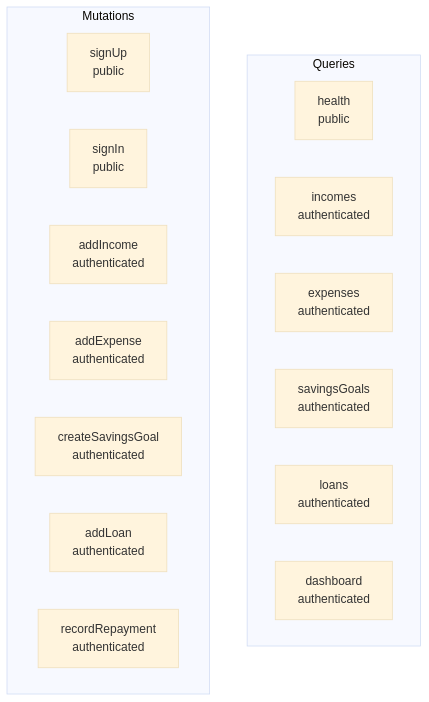
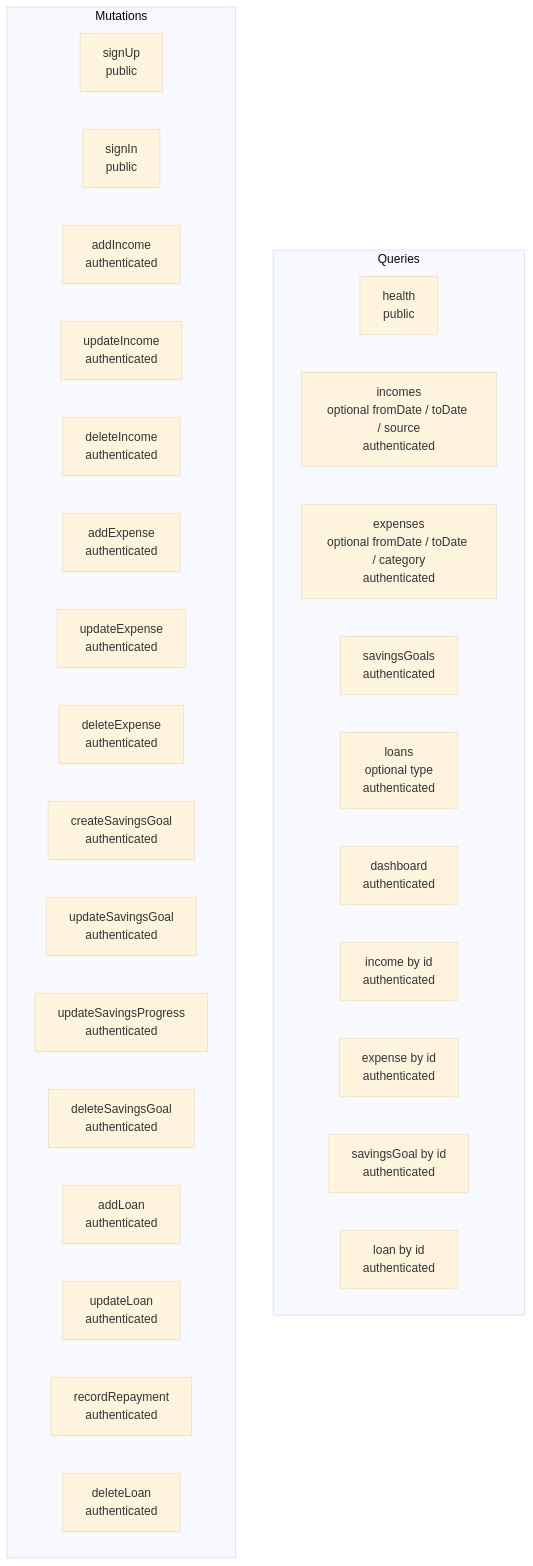
One commit to dev-personal-projects/vela changed the first of 12 diagrams in docs/phases/PHASE-4-graphql-api.md. Above: the diagram before and after it, drawn with Mermaid (base theme). The commit also changed other lines of this file and 7 other files, not shown here.

First line of the commit message:
✨ feat: enhance GraphQL queries with filtering options

````diff
--- a/docs/phases/PHASE-4-graphql-api.md
+++ b/docs/phases/PHASE-4-graphql-api.md
@@ -46,21 +46,34 @@
 ```mermaid
 flowchart TB
     subgraph Queries
         QH[health\npublic]
-        QI[incomes\nauthenticated]
-        QE[expenses\nauthenticated]
+        QI[incomes\noptional fromDate / toDate / source\nauthenticated]
+        QE[expenses\noptional fromDate / toDate / category\nauthenticated]
         QS[savingsGoals\nauthenticated]
-        QL[loans\nauthenticated]
+        QL[loans\noptional type\nauthenticated]
         QD[dashboard\nauthenticated]
+        QI1[income by id\nauthenticated]
+        QE1[expense by id\nauthenticated]
+        QS1[savingsGoal by id\nauthenticated]
+        QL1[loan by id\nauthenticated]
     end
 
     subgraph Mutations
         MSU[signUp\npublic]
         MSI[signIn\npublic]
         MI[addIncome\nauthenticated]
+        MIU[updateIncome\nauthenticated]
+        MID[deleteIncome\nauthenticated]
         ME[addExpense\nauthenticated]
+        MEU[updateExpense\nauthenticated]
+        MED[deleteExpense\nauthenticated]
         MS[createSavingsGoal\nauthenticated]
+        MSU2[updateSavingsGoal\nauthenticated]
+        MSP[updateSavingsProgress\nauthenticated]
+        MSD[deleteSavingsGoal\nauthenticated]
         ML[addLoan\nauthenticated]
+        MLU[updateLoan\nauthenticated]
         MR[recordRepayment\nauthenticated]
+        MLD[deleteLoan\nauthenticated]
     end
 ```
````
